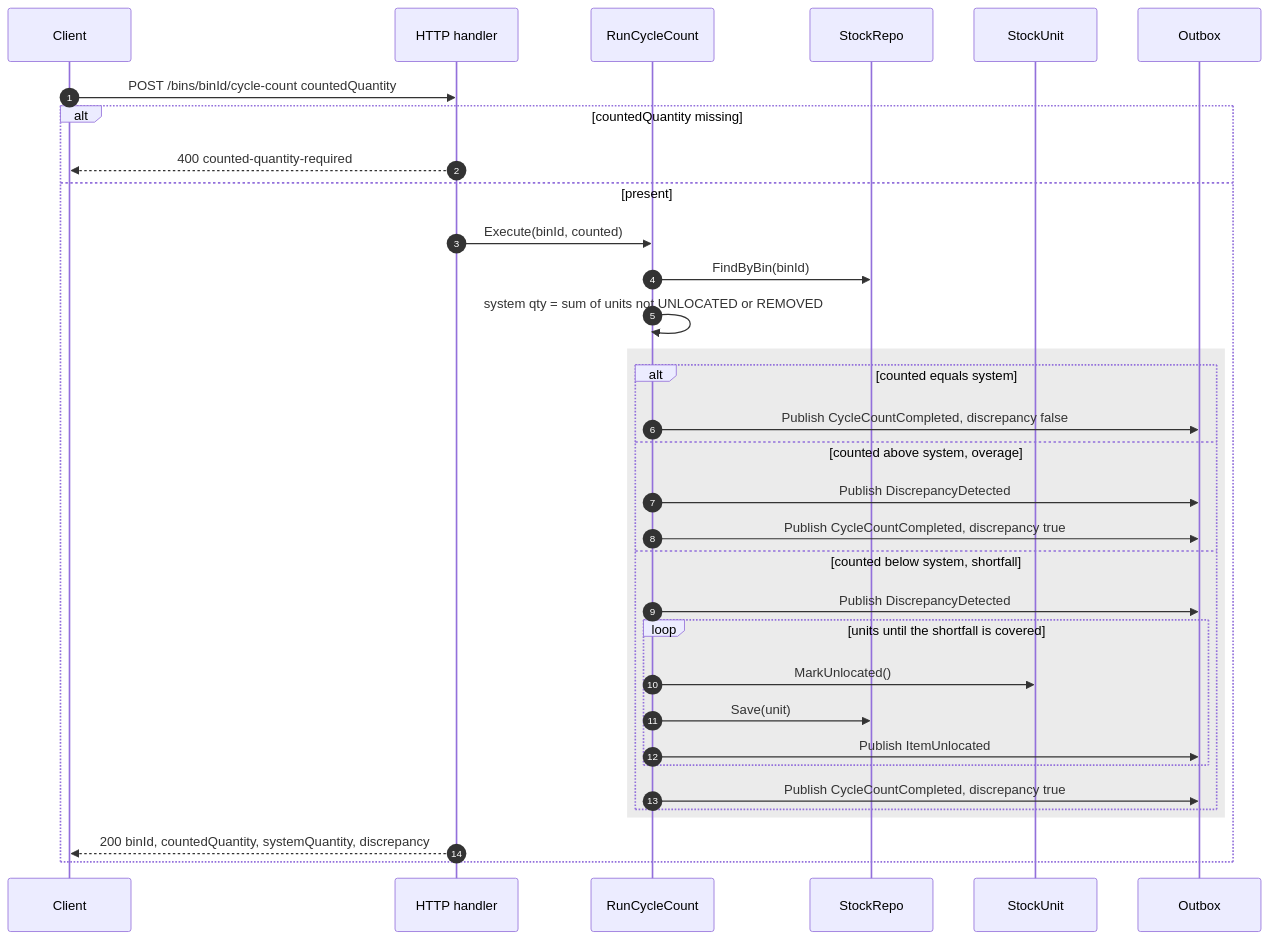
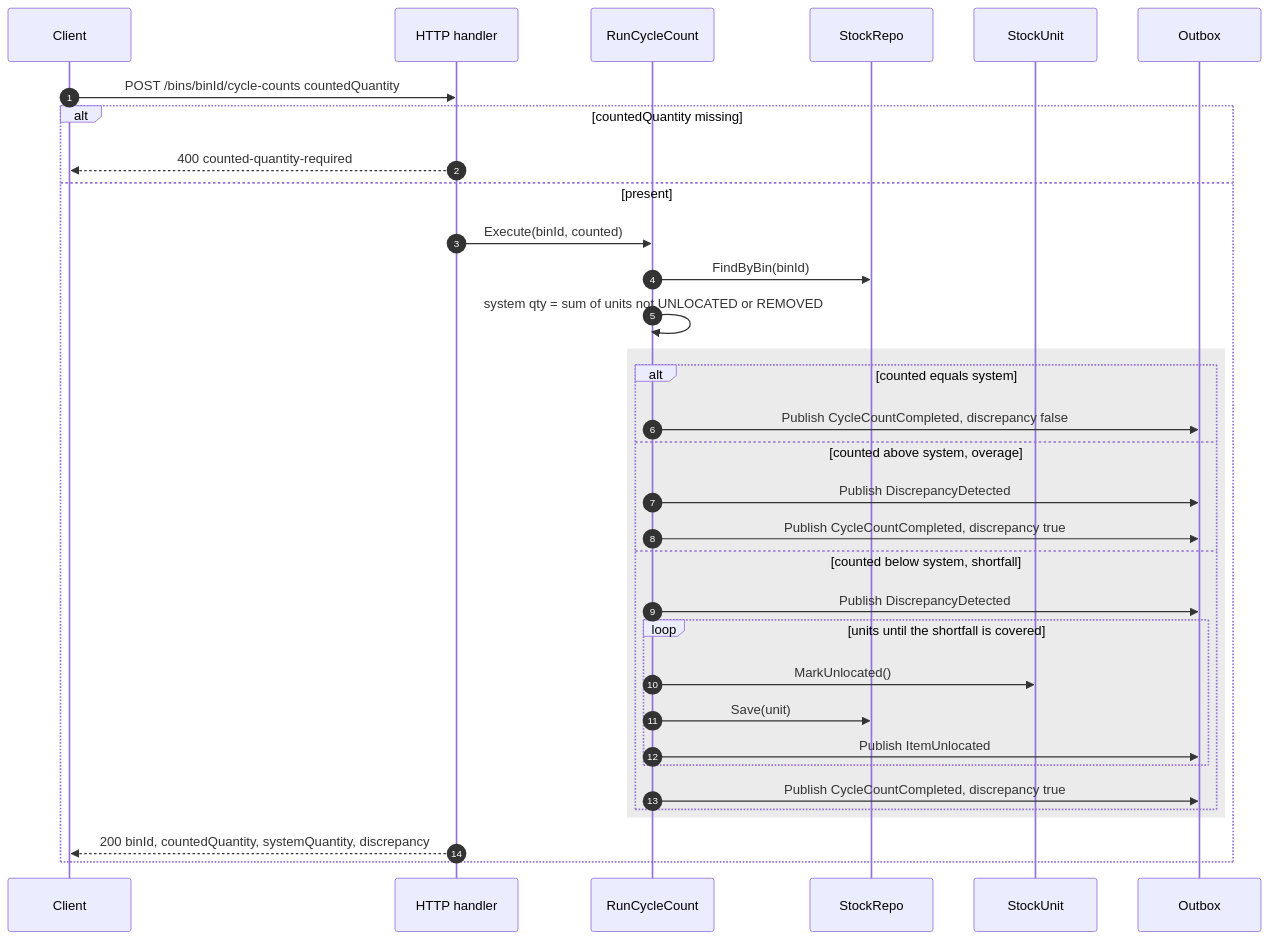
Before and after one commit to IQVO/inventory-storage: the sixth of 14 diagrams in docs/docs/ddd/sequence-diagrams.md, drawn with Mermaid. The commit also changed other lines of this file and 34 other files, not shown here.

````diff
--- a/docs/docs/ddd/sequence-diagrams.md
+++ b/docs/docs/ddd/sequence-diagrams.md
@@ -277,35 +277,35 @@
 ```mermaid
 sequenceDiagram
     autonumber
     participant C as Client
     participant H as HTTP handler
     participant UC as RunCycleCount
     participant SR as StockRepo
     participant SU as StockUnit
     participant OB as Outbox
-    C->>H: POST /bins/binId/cycle-count countedQuantity
+    C->>H: POST /bins/binId/cycle-counts countedQuantity
     alt countedQuantity missing
         H-->>C: 400 counted-quantity-required
     else present
         H->>UC: Execute(binId, counted)
         UC->>SR: FindByBin(binId)
         UC->>UC: system qty = sum of units not UNLOCATED or REMOVED
         rect rgb(235, 235, 235)
             alt counted equals system
                 UC->>OB: Publish CycleCountCompleted, discrepancy false
             else counted above system, overage
                 UC->>OB: Publish DiscrepancyDetected
                 UC->>OB: Publish CycleCountCompleted, discrepancy true
             else counted below system, shortfall
                 UC->>OB: Publish DiscrepancyDetected
                 loop units until the shortfall is covered
                     UC->>SU: MarkUnlocated()
                     UC->>SR: Save(unit)
                     UC->>OB: Publish ItemUnlocated
                 end
                 UC->>OB: Publish CycleCountCompleted, discrepancy true
             end
         end
         H-->>C: 200 binId, countedQuantity, systemQuantity, discrepancy
     end
 ```
````
